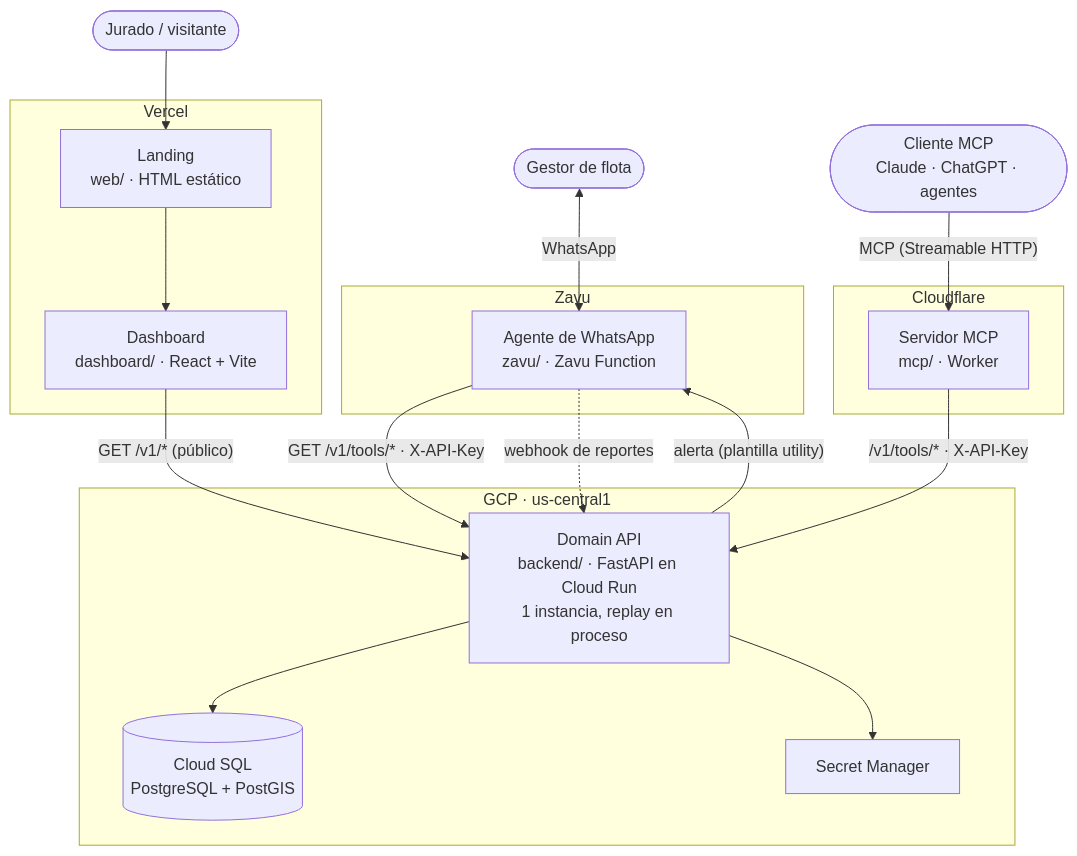
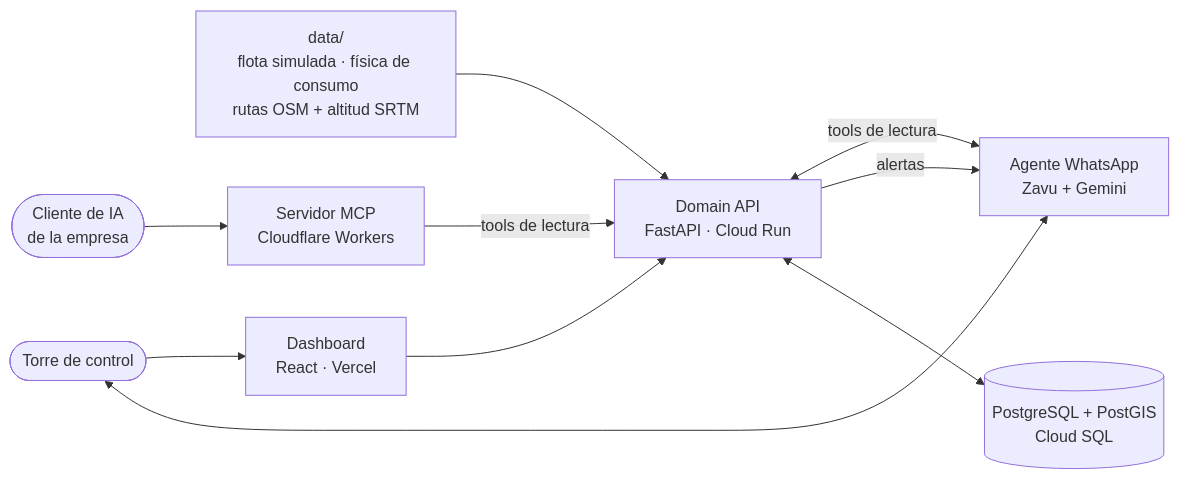
One commit to cuevaio/hta-npm-devs-npm-devs changed the diagram in README.md. Above: the diagram before and after it, drawn with Mermaid. The commit also changed other lines of this file and 1 other file, not shown here.

````diff
--- a/README.md
+++ b/README.md
@@ -120,36 +65,12 @@
 ```mermaid
-flowchart TB
-    G(["Gestor de flota"])
-    J(["Jurado / visitante"])
-    IA(["Cliente MCP<br/>Claude · ChatGPT · agentes"])
-
-    subgraph Vercel["Vercel"]
-        WEB["Landing<br/>web/ · HTML estático"]
-        DASH["Dashboard<br/>dashboard/ · React + Vite"]
-    end
-
-    subgraph Cloudflare["Cloudflare"]
-        MCP["Servidor MCP<br/>mcp/ · Worker"]
-    end
-
-    subgraph Zavu["Zavu"]
-        AG["Agente de WhatsApp<br/>zavu/ · Zavu Function"]
-    end
-
-    subgraph GCP["GCP · us-central1"]
-        API["Domain API<br/>backend/ · FastAPI en Cloud Run<br/>1 instancia, replay en proceso"]
-        DB[("Cloud SQL<br/>PostgreSQL + PostGIS")]
-        SM["Secret Manager"]
-        API --> DB
-        API --> SM
-    end
-
-    J --> WEB --> DASH
-    DASH -->|"GET /v1/* (público)"| API
-    G <-->|WhatsApp| AG
-    AG -->|"GET /v1/tools/* · X-API-Key"| API
-    AG -.->|"webhook de reportes"| API
-    IA -->|"MCP (Streamable HTTP)"| MCP
-    MCP -->|"/v1/tools/* · X-API-Key"| API
-    API -->|"alerta (plantilla utility)"| AG
+flowchart LR
+    D["data/<br/>flota simulada · física de consumo<br/>rutas OSM + altitud SRTM"] --> API
+    API["Domain API<br/>FastAPI · Cloud Run"] <--> DB[("PostgreSQL + PostGIS<br/>Cloud SQL")]
+    API -->|alertas| AG["Agente WhatsApp<br/>Zavu + Gemini"]
+    AG <-->|tools de lectura| API
+    MCP["Servidor MCP<br/>Cloudflare Workers"] -->|tools de lectura| API
+    DASH["Dashboard<br/>React · Vercel"] --> API
+    G(["Torre de control"]) <--> AG
+    G --> DASH
+    IA(["Cliente de IA<br/>de la empresa"]) --> MCP
 ```
````
